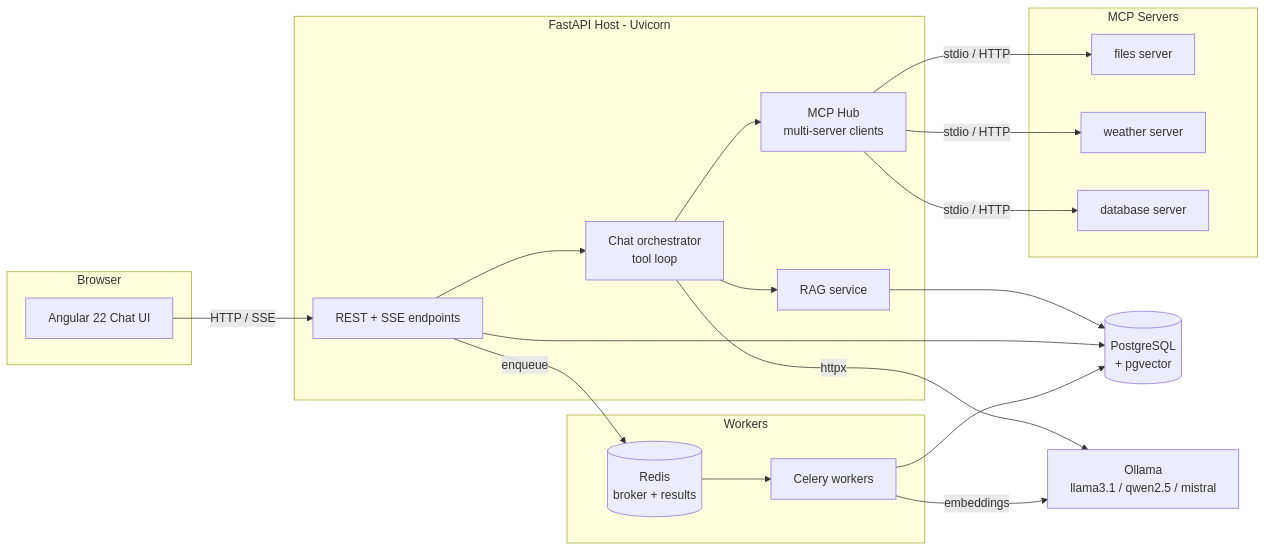
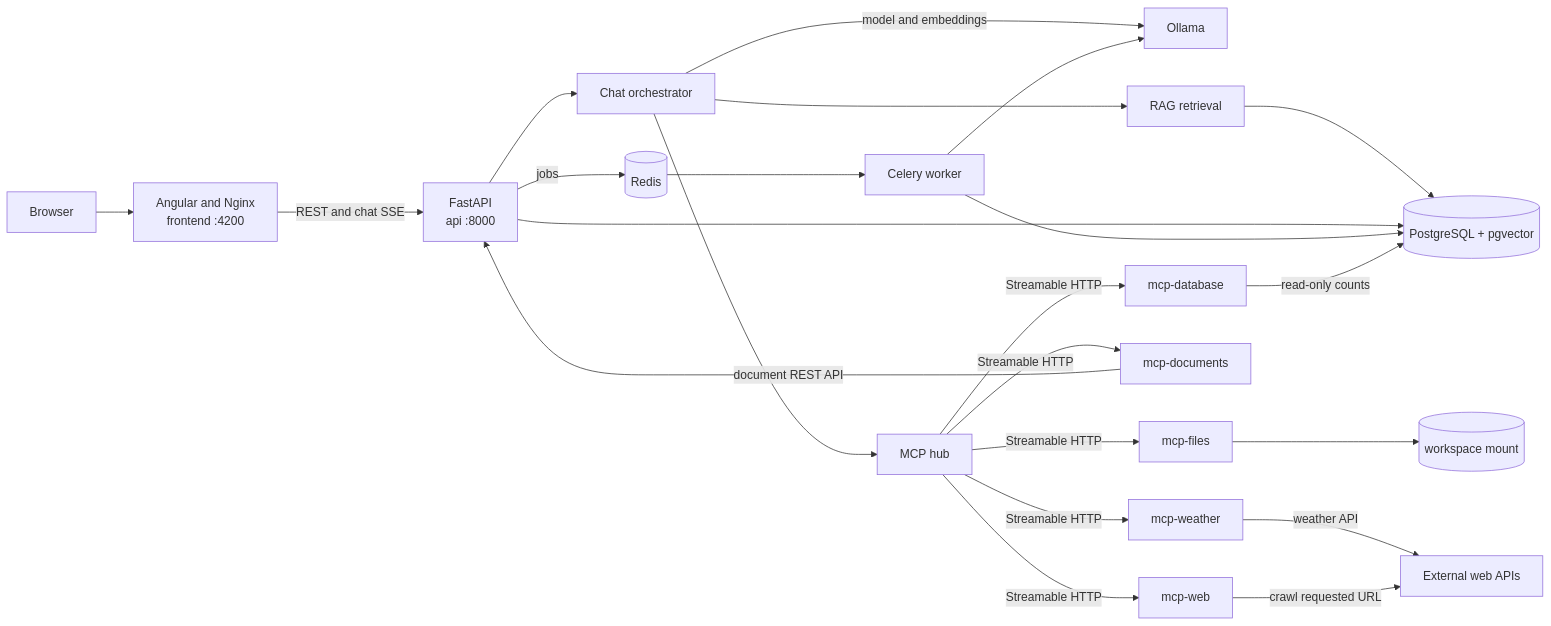
Before and after one commit to muiten188/Learning-Mcp-Server-RAG: the third of 5 diagrams in README.md, drawn with Mermaid. The commit also changed other lines of this file and 68 other files, not shown here.

Commit message:
Separate MCP servers into independent services

````diff
--- a/README.md
+++ b/README.md
@@ -249,42 +293,25 @@
 ```mermaid
 flowchart LR
-    subgraph Browser
-        UI[Angular 22 Chat UI]
-    end
-
-    subgraph Backend[FastAPI Host - Uvicorn]
-        API[REST + SSE endpoints]
-        CHAT[Chat orchestrator<br/>tool loop]
-        HUB[MCP Hub<br/>multi-server clients]
-        RAG[RAG service]
-    end
-
-    subgraph Workers
-        CEL[Celery workers]
-        RED[(Redis<br/>broker + results)]
-    end
-
-    DB[(PostgreSQL<br/>+ pgvector)]
-    OLL[Ollama<br/>llama3.1 / qwen2.5 / mistral]
-
-    subgraph MCPServers[MCP Servers]
-        S1[files server]
-        S2[weather server]
-        S3[database server]
-    end
-
-    UI -- HTTP / SSE --> API
-    API --> CHAT
-    CHAT --> RAG
-    CHAT --> HUB
-    CHAT -- httpx --> OLL
-    RAG --> DB
-    API --> DB
-    API -- enqueue --> RED
-    RED --> CEL
-    CEL --> DB
-    CEL -- embeddings --> OLL
-    HUB -- stdio / HTTP --> S1
-    HUB -- stdio / HTTP --> S2
-    HUB -- stdio / HTTP --> S3
+    USER[Browser] --> FE[Angular and Nginx<br/>frontend :4200]
+    FE -->|REST and chat SSE| API[FastAPI<br/>api :8000]
+    API --> CHAT[Chat orchestrator]
+    CHAT -->|model and embeddings| OLL[Ollama]
+    CHAT --> RAG[RAG retrieval]
+    CHAT --> HUB[MCP hub]
+    RAG --> PG[(PostgreSQL + pgvector)]
+    API --> PG
+    API -->|jobs| RED[(Redis)]
+    RED --> WORKER[Celery worker]
+    WORKER --> PG
+    WORKER --> OLL
+    HUB -->|Streamable HTTP| FILES[mcp-files]
+    HUB -->|Streamable HTTP| WEATHER[mcp-weather]
+    HUB -->|Streamable HTTP| DATABASE[mcp-database]
+    HUB -->|Streamable HTTP| DOCUMENTS[mcp-documents]
+    HUB -->|Streamable HTTP| WEB[mcp-web]
+    FILES --> SPACE[(workspace mount)]
+    DATABASE -->|read-only counts| PG
+    DOCUMENTS -->|document REST API| API
+    WEATHER -->|weather API| EXT[External web APIs]
+    WEB -->|crawl requested URL| EXT
 ```
````
